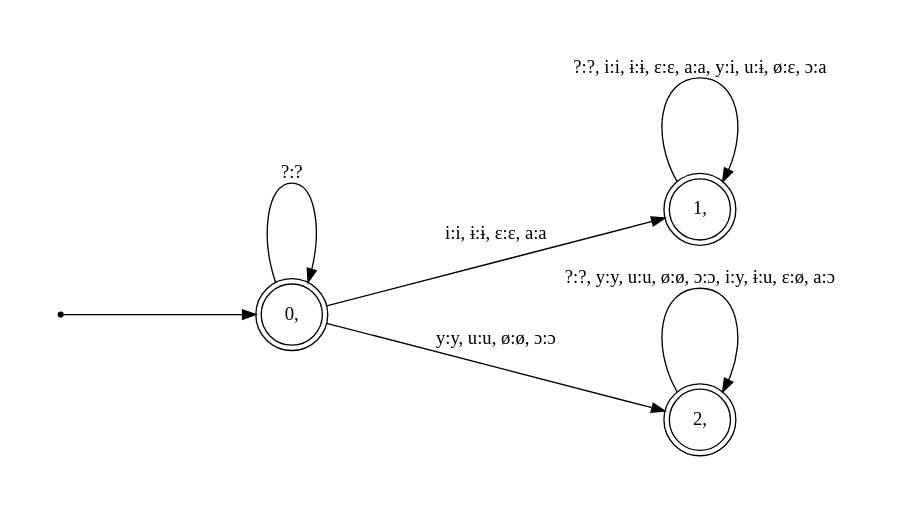
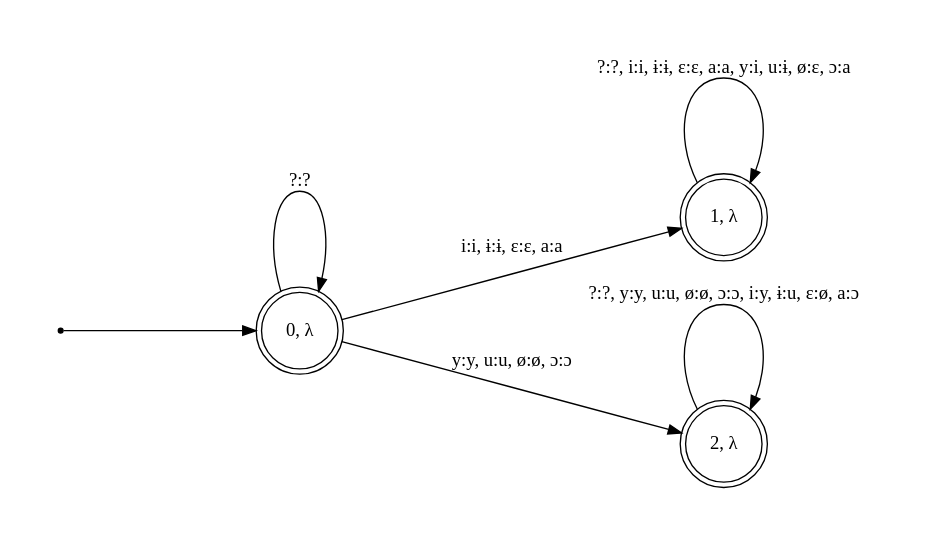
One commit to ishtiaque06/vh-fst changed the diagram in illustrations/Sibe vowel rounding harmony.gv. Above: the diagram before and after it, drawn with Graphviz. The commit also changed 19 other files, not shown here.

```diff
--- a/illustrations/Sibe vowel rounding harmony.gv
+++ b/illustrations/Sibe vowel rounding harmony.gv
@@ -1,17 +1,17 @@
 digraph fst {
 	graph [pad="0.5", nodesep="1", ranksep="2"];
 	rankdir=LR;
 	size="10,10";
 	node [shape = point]; start;
 	node [shape = doublecircle];
-		"0, ";
-		"1, ";
-		"2, ";
+		"0, λ";
+		"1, λ";
+		"2, λ";
 
-	"0, " ->	"0, " [ label = "?:?" ];
-	"1, " ->	"1, " [ label = "?:?, i:i, ɨ:ɨ, ɛ:ɛ, a:a, y:i, u:ɨ, ø:ɛ, ɔ:a" ];
-	"2, " ->	"2, " [ label = "?:?, y:y, u:u, ø:ø, ɔ:ɔ, i:y, ɨ:u, ɛ:ø, a:ɔ" ];
-	"0, " ->	"1, " [ label = "i:i, ɨ:ɨ, ɛ:ɛ, a:a" ];
-	"0, " ->	"2, " [ label = "y:y, u:u, ø:ø, ɔ:ɔ" ];
-	start -> "0, ";
+	"0, λ" ->	"0, λ" [ label = "?:?" ];
+	"1, λ" ->	"1, λ" [ label = "?:?, i:i, ɨ:ɨ, ɛ:ɛ, a:a, y:i, u:ɨ, ø:ɛ, ɔ:a" ];
+	"2, λ" ->	"2, λ" [ label = "?:?, y:y, u:u, ø:ø, ɔ:ɔ, i:y, ɨ:u, ɛ:ø, a:ɔ" ];
+	"0, λ" ->	"1, λ" [ label = "i:i, ɨ:ɨ, ɛ:ɛ, a:a" ];
+	"0, λ" ->	"2, λ" [ label = "y:y, u:u, ø:ø, ɔ:ɔ" ];
+	start -> "0, λ";
 }
```
